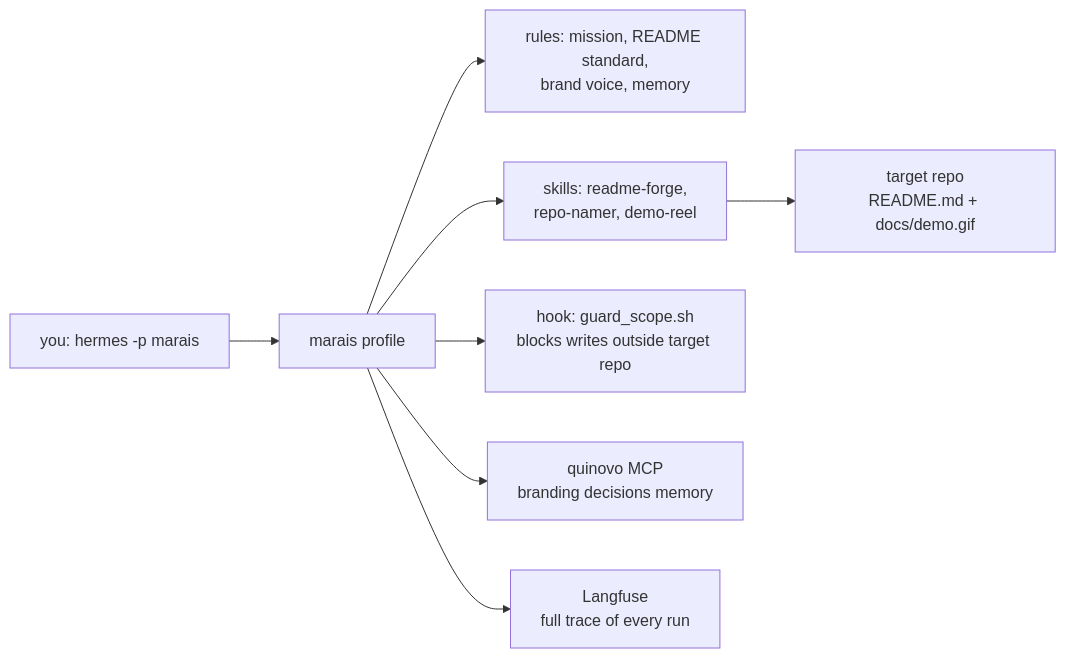
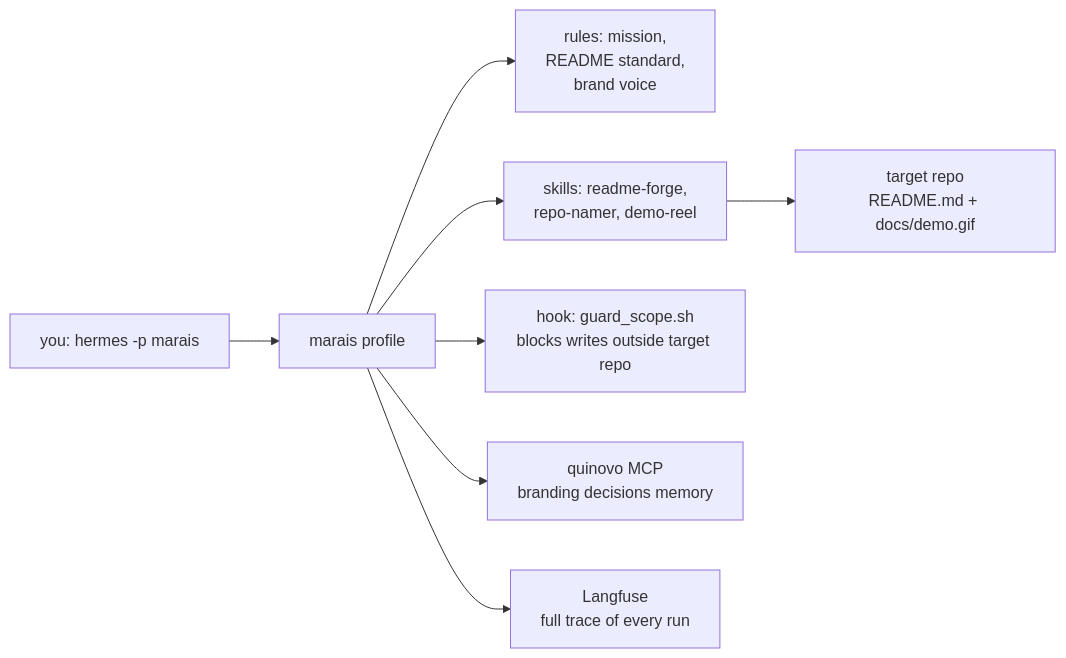
Before and after one commit to cfollette18/marais: the diagram in README.md, drawn with Mermaid. The commit also changed other lines of this file and 4 other files, not shown here.

````diff
--- a/README.md
+++ b/README.md
@@ -29,10 +41,10 @@
 ```mermaid
 flowchart LR
     U[you: hermes -p marais] --> P[marais profile]
-    P --> R[rules: mission, README standard,<br>brand voice, memory]
+    P --> R[rules: mission,<br>README standard,<br>brand voice]
     P --> S[skills: readme-forge,<br>repo-namer, demo-reel]
     P --> H[hook: guard_scope.sh<br>blocks writes outside target repo]
     P --> Q[quinovo MCP<br>branding decisions memory]
     P --> L[Langfuse<br>full trace of every run]
     S --> T[target repo<br>README.md + docs/demo.gif]
 ```
````
